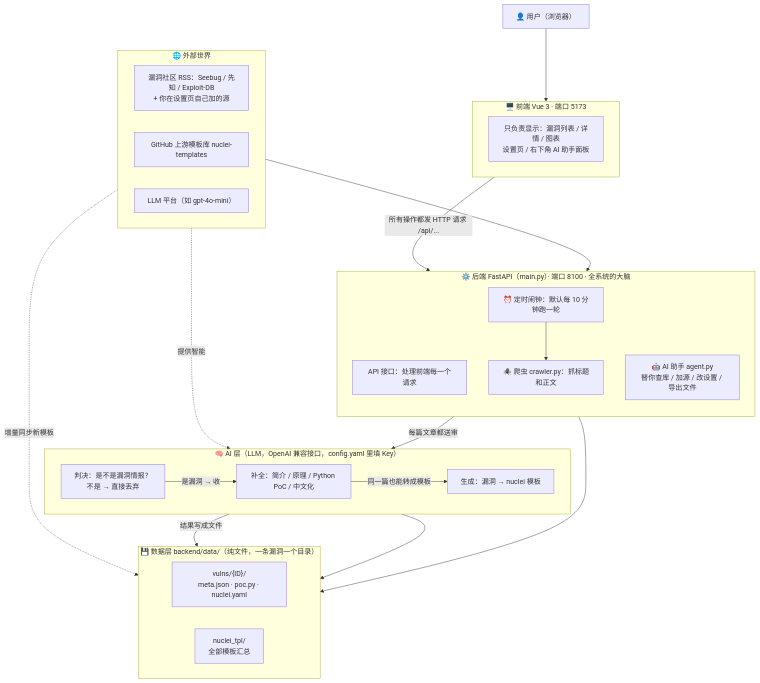
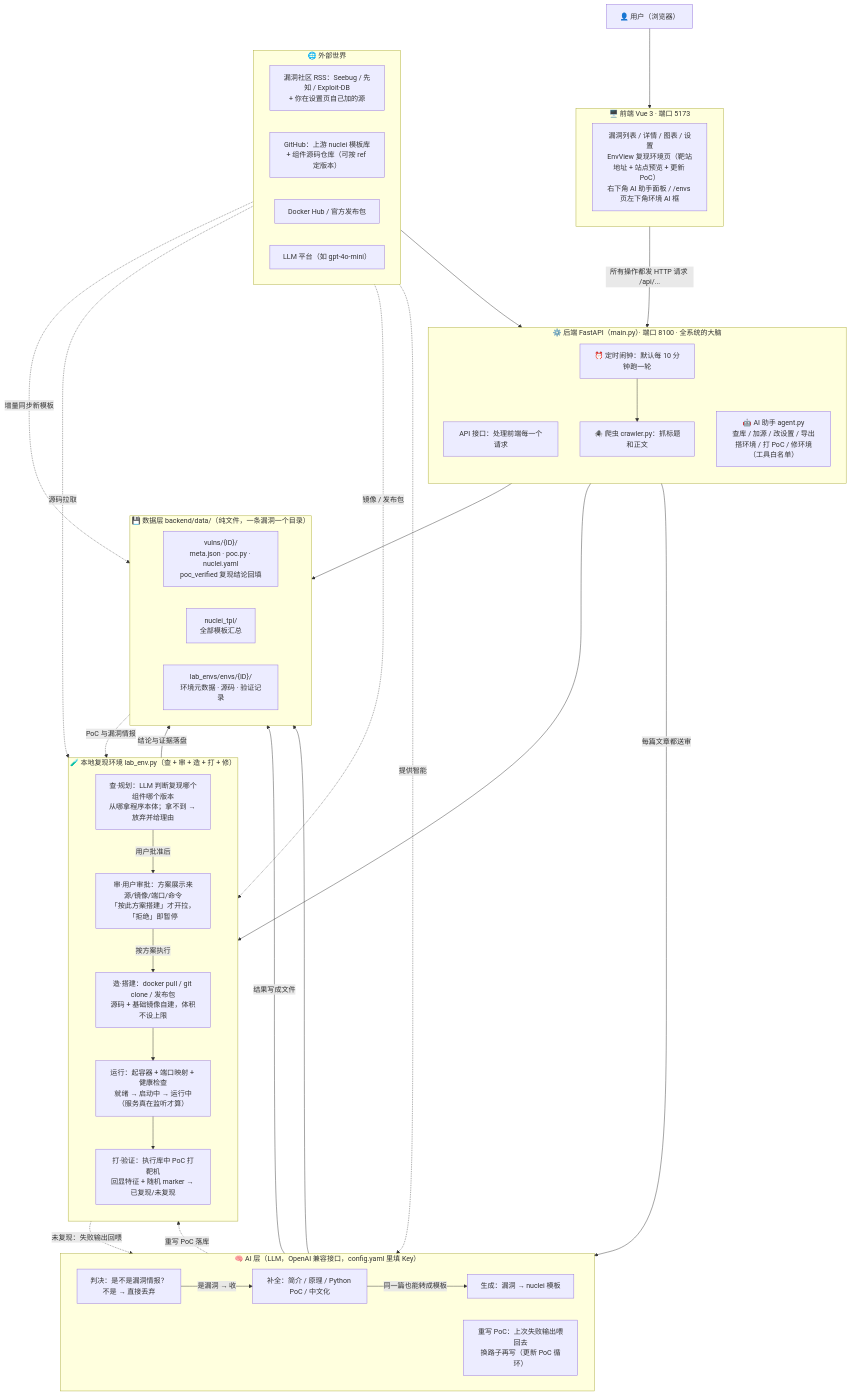
One commit to wr0x00/ai_bobao changed the diagram in README.md. Above: the diagram before and after it, drawn with Mermaid. The commit also changed other lines of this file and 18 other files, not shown here.

````diff
--- a/README.md
+++ b/README.md
@@ -158,51 +181,74 @@
 ```mermaid
 flowchart TB
     U["👤 用户（浏览器）"] --> FE
 
     subgraph FE["🖥️ 前端 Vue 3 · 端口 5173"]
-      UI["只负责显示：漏洞列表 / 详情 / 图表<br>设置页 / 右下角 AI 助手面板"]
+      UI["漏洞列表 / 详情 / 图表 / 设置<br>EnvView 复现环境页（靶站地址 + 站点预览 + 更新 PoC）<br>右下角 AI 助手面板 / /envs 页左下角环境 AI 框"]
     end
 
     FE -- "所有操作都发 HTTP 请求 /api/..." --> BE
 
     subgraph BE["⚙️ 后端 FastAPI（main.py）· 端口 8100 · 全系统的大脑"]
       direction TB
       API["API 接口：处理前端每一个请求"]
-      AGENT["🤖 AI 助手 agent.py<br>替你查库 / 加源 / 改设置 / 导出文件"]
+      AGENT["🤖 AI 助手 agent.py<br>查库 / 加源 / 改设置 / 导出<br>搭环境 / 打 PoC / 修环境（工具白名单）"]
       SCH["⏰ 定时闹钟：默认每 10 分钟跑一轮"]
       CRW["🕷️ 爬虫 crawler.py：抓标题和正文"]
     end
 
     BE --> DTA
+    BE --> LAB
     SCH --> CRW
 
     subgraph AI["🧠 AI 层（LLM，OpenAI 兼容接口，config.yaml 里填 Key）"]
       direction LR
       CJ["判决：是不是漏洞情报？<br>不是 → 直接丢弃"]
       GEN["补全：简介 / 原理 / Python PoC / 中文化"]
       NT["生成：漏洞 → nuclei 模板"]
+      REG["重写 PoC：上次失败输出喂回去<br>换路子再写（更新 PoC 循环）"]
     end
 
     subgraph EXT["🌐 外部世界"]
       direction LR
       SRC["漏洞社区 RSS：Seebug / 先知 / Exploit-DB<br>+ 你在设置页自己加的源"]
-      GIT["GitHub 上游模板库 nuclei-templates"]
+      GIT["GitHub：上游 nuclei 模板库<br>+ 组件源码仓库（可按 ref 定版本）"]
+      REGI["Docker Hub / 官方发布包"]
       LLM["LLM 平台（如 gpt-4o-mini）"]
     end
 
     SRC --> CRW
     CRW -->|"每篇文章都送审"| CJ
     CJ -->|"是漏洞 → 收"| GEN
     GEN -->|"同一篇也能转成模板"| NT
+    subgraph LAB["🧪 本地复现环境 lab_env.py（查 + 审 + 造 + 打 + 修）"]
+      direction TB
+      PLAN["查·规划：LLM 判断复现哪个组件哪个版本<br>从哪拿程序本体；拿不到 → 放弃并给理由"]
+      APPROVE["审·用户审批：方案展示来源/镜像/端口/命令<br>「按此方案搭建」才开拉，「拒绝」即暂停"]
+      BUILD["造·搭建：docker pull / git clone / 发布包<br>源码 + 基础镜像自建，体积不设上限"]
+      RUN["运行：起容器 + 端口映射 + 健康检查<br>就绪 → 启动中 → 运行中（服务真在监听才算）"]
+      VERIFY["打·验证：执行库中 PoC 打靶机<br>回显特征 + 随机 marker → 已复现/未复现"]
+    end
+
+    PLAN -->|"用户批准后"| APPROVE
+    APPROVE -->|"按方案执行"| BUILD
+    BUILD --> RUN
+    RUN --> VERIFY
+    VERIFY -.->|"未复现：失败输出回喂"| REG
+    REG -.->|"重写 PoC 落库"| VERIFY
 
     subgraph DTA["💾 数据层 backend/data/（纯文件，一条漏洞一个目录）"]
       direction LR
-      VULN["vulns/{ID}/<br>meta.json · poc.py · nuclei.yaml"]
+      VULN["vulns/{ID}/<br>meta.json · poc.py · nuclei.yaml<br>poc_verified 复现结论回填"]
       TPL["nuclei_tpl/<br>全部模板汇总"]
+      ENVS["lab_envs/envs/{ID}/<br>环境元数据 · 源码 · 验证记录"]
     end
 
     GEN -->|"结果写成文件"| VULN
     NT --> TPL
     GIT -.->|"增量同步新模板"| TPL
+    GIT -.->|"源码拉取"| BUILD
+    REGI -.->|"镜像 / 发布包"| BUILD
+    VULN -.->|"PoC 与漏洞情报"| PLAN
+    VERIFY -->|"结论与证据落盘"| ENVS
     LLM -.->|"提供智能"| AI
 ```
````
